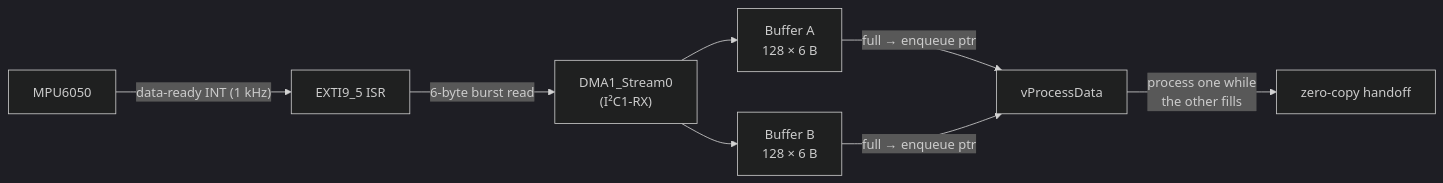
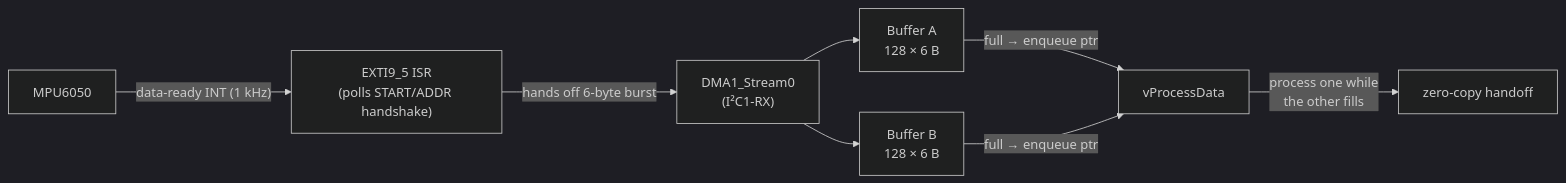
The second of 4 diagrams in README.md (Shaurya-singh21/TinyML-Motor-Fault-Detection-Predictive-Maintenance), drawn with Mermaid (dark theme) before and after one commit. The commit also changed other lines of this file, not shown here.

````diff
--- a/README.md
+++ b/README.md
@@ -160,10 +138,10 @@
 ```mermaid
 flowchart LR
-    MPU["MPU6050"] -->|"data-ready INT (1 kHz)"| EXTI["EXTI9_5 ISR"]
-    EXTI -->|"6-byte burst read"| DMA["DMA1_Stream0<br/>(I²C1-RX)"]
+    MPU["MPU6050"] -->|"data-ready INT (1 kHz)"| EXTI["EXTI9_5 ISR<br/>(polls START/ADDR handshake)"]
+    EXTI -->|"hands off 6-byte burst"| DMA["DMA1_Stream0<br/>(I²C1-RX)"]
     DMA --> A["Buffer A<br/>128 × 6 B"]
     DMA --> B["Buffer B<br/>128 × 6 B"]
     A -->|"full → enqueue ptr"| P["vProcessData"]
     B -->|"full → enqueue ptr"| P
     P -->|"process one while<br/>the other fills"| Z["zero-copy handoff"]
 ```
````
